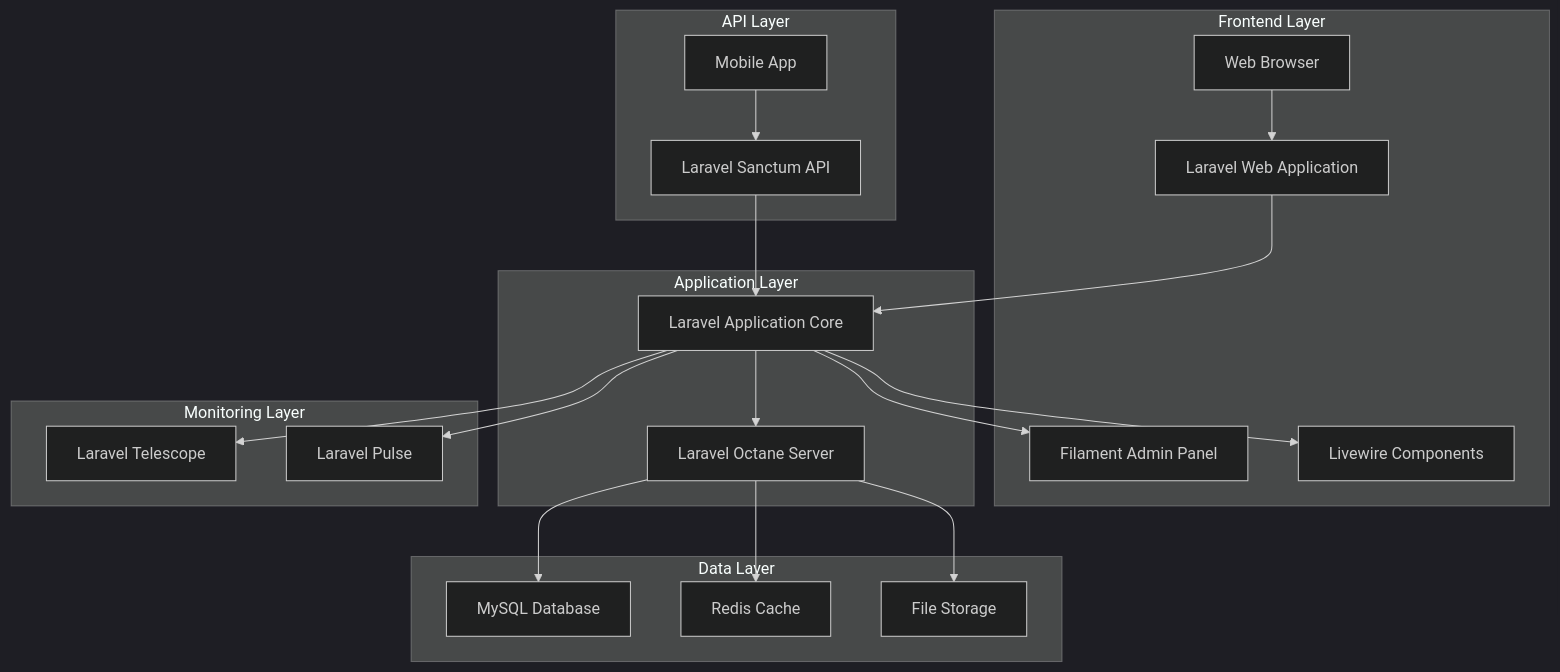
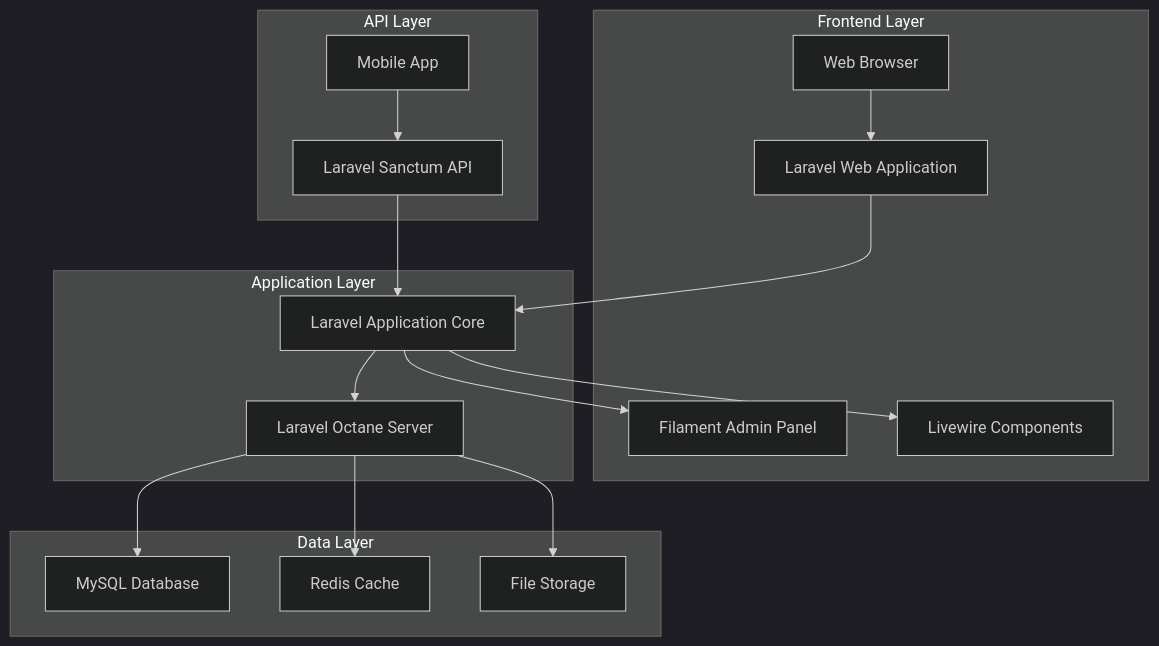
Before and after one commit to oceanspacedev/sam-web: the first of 5 diagrams in docs/Web_SAM_Technical_Architecture_Document.md, drawn with Mermaid (dark theme). The commit also changed other lines of this file and 71 other files, not shown here.

````diff
--- a/docs/Web_SAM_Technical_Architecture_Document.md
+++ b/docs/Web_SAM_Technical_Architecture_Document.md
@@ -5,47 +5,39 @@
 ```mermaid
 graph TD
     A[Mobile App] --> B[Laravel Sanctum API]
     C[Web Browser] --> D[Laravel Web Application]
     
     B --> E[Laravel Application Core]
     D --> E
     
     E --> F[Filament Admin Panel]
     E --> G[Livewire Components]
     E --> H[Laravel Octane Server]
     
     H --> I[MySQL Database]
     H --> J[Redis Cache]
     H --> K[File Storage]
-    
-    E --> L[Laravel Telescope]
-    E --> M[Laravel Pulse]
     
     subgraph "Frontend Layer"
         C
         D
         F
         G
     end
     
     subgraph "API Layer"
         A
         B
     end
     
     subgraph "Application Layer"
         E
         H
     end
     
     subgraph "Data Layer"
         I
         J
         K
     end
-    
-    subgraph "Monitoring Layer"
-        L
-        M
-    end
 ```
````
